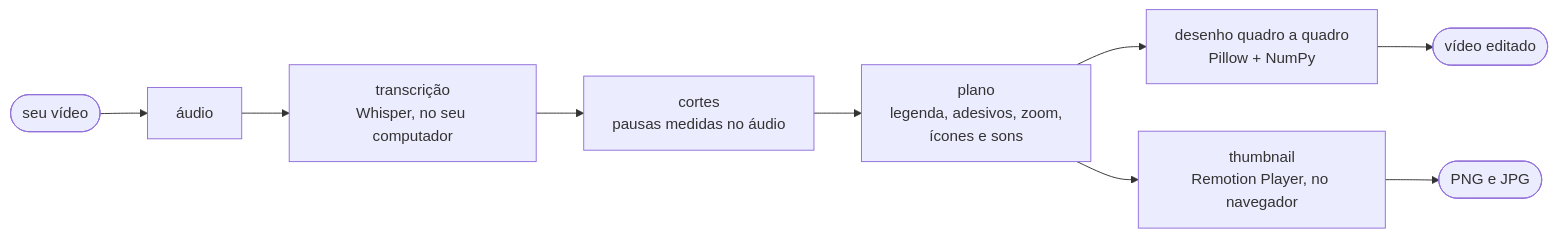
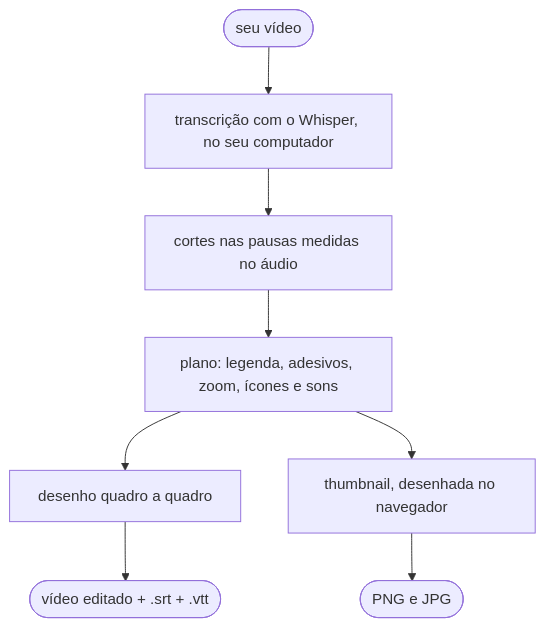
The diagram in README.md (lucasteles1231/editor-de-video), drawn with Mermaid before and after one commit. The commit also changed other lines of this file, not shown here.

Commit message:
README: diagrama de cima para baixo e comentário do modo dev mais curto
O diagrama em linha tinha sete caixas lado a lado: no GitHub o texto ficava
miúdo e as pontas sumiam atrás dos botões de zoom.

````diff
--- a/README.md
+++ b/README.md
@@ -335,11 +335,10 @@
 ```mermaid
-flowchart LR
-    V([seu vídeo]) --> A[áudio]
-    A --> W["transcrição<br/>Whisper, no seu computador"]
-    W --> C["cortes<br/>pausas medidas no áudio"]
-    C --> P["plano<br/>legenda, adesivos, zoom,<br/>ícones e sons"]
-    P --> D["desenho quadro a quadro<br/>Pillow + NumPy"]
-    D --> S([vídeo editado])
-    P --> T["thumbnail<br/>Remotion Player, no navegador"]
+flowchart TD
+    V([seu vídeo]) --> W[transcrição com o Whisper, no seu computador]
+    W --> C[cortes nas pausas medidas no áudio]
+    C --> P[plano: legenda, adesivos, zoom, ícones e sons]
+    P --> D[desenho quadro a quadro]
+    P --> T[thumbnail, desenhada no navegador]
+    D --> S([vídeo editado + .srt + .vtt])
     T --> I([PNG e JPG])
 ```
````
